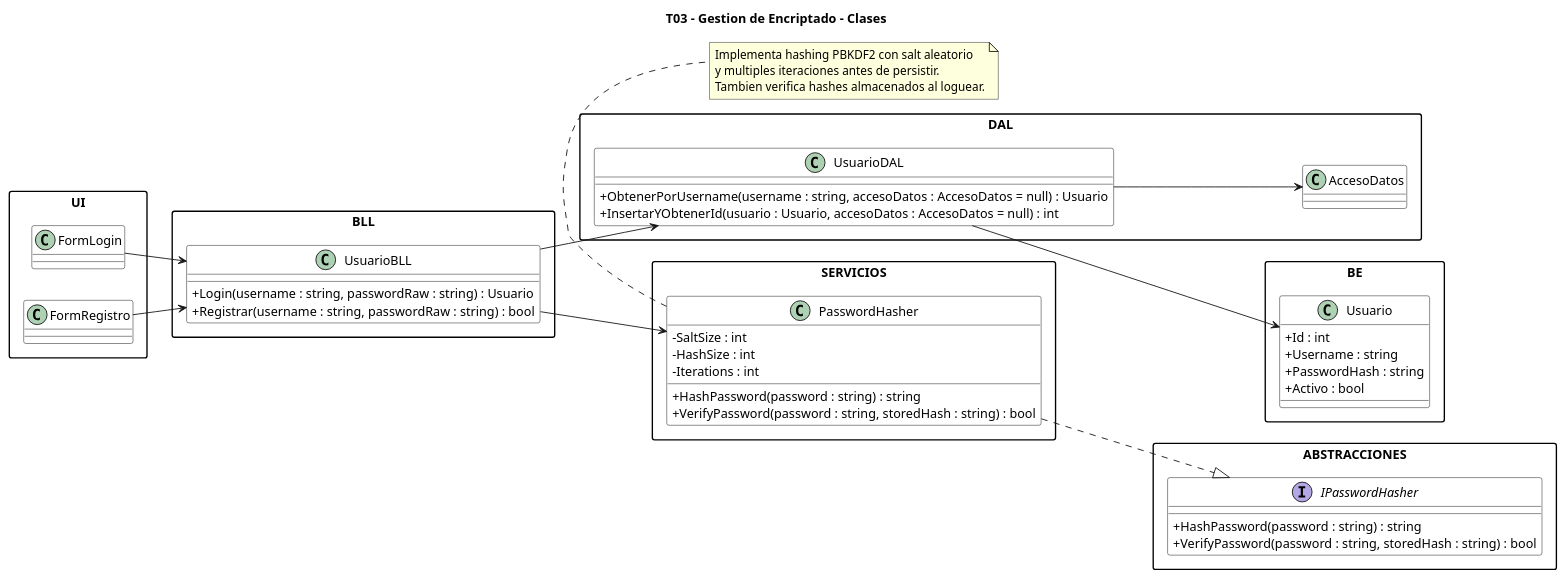
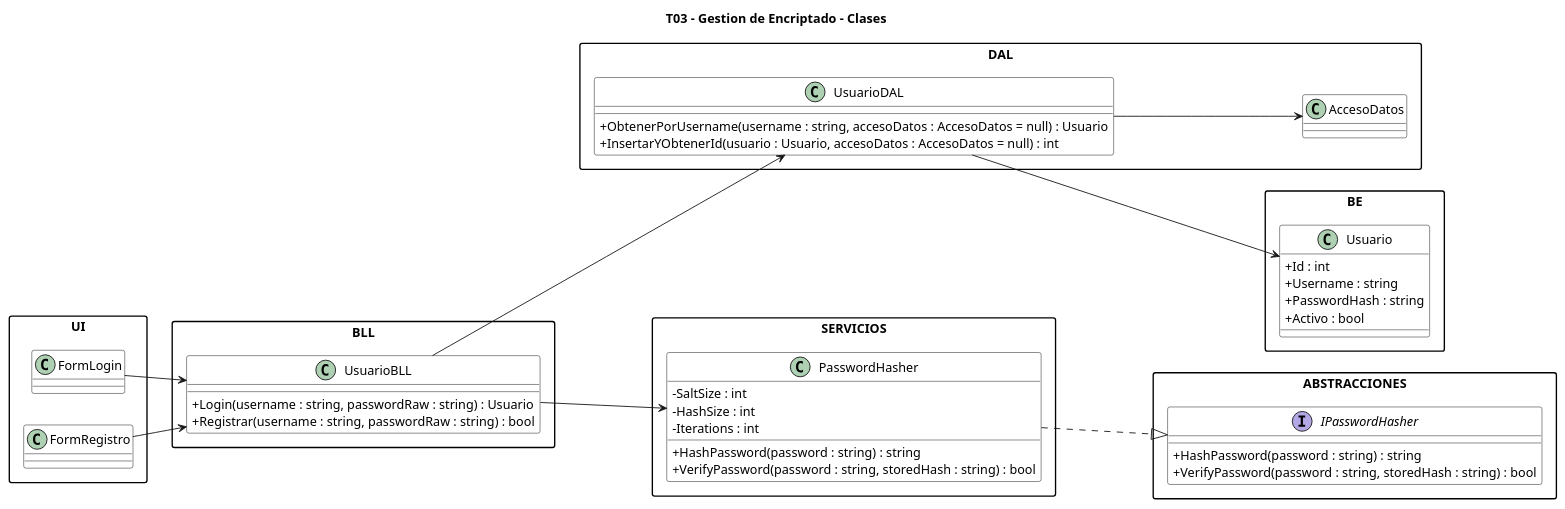
One commit to aggutierrez98/TP-TD changed the diagram in diagramas/T03-encriptado/T03-encriptado-clases.puml. Above: the diagram before and after it, drawn with PlantUML. The commit also changed 7 other files, not shown here.

Commit message:
Eliminar comentarios de diagramas

```diff
--- a/diagramas/T03-encriptado/T03-encriptado-clases.puml
+++ b/diagramas/T03-encriptado/T03-encriptado-clases.puml
@@ -1,73 +1,67 @@
 @startuml
 title T03 - Gestion de Encriptado - Clases
 
 left to right direction
 skinparam backgroundColor white
 skinparam classBackgroundColor white
 skinparam classBorderColor black
 skinparam packageStyle rectangle
 skinparam classAttributeIconSize 0
 skinparam shadowing false
 
 package "ABSTRACCIONES" {
   interface IPasswordHasher {
     +HashPassword(password : string) : string
     +VerifyPassword(password : string, storedHash : string) : bool
   }
 }
 
 package "SERVICIOS" {
   class PasswordHasher {
     -SaltSize : int
     -HashSize : int
     -Iterations : int
     +HashPassword(password : string) : string
     +VerifyPassword(password : string, storedHash : string) : bool
   }
 }
 
 package "BLL" {
   class UsuarioBLL {
     +Login(username : string, passwordRaw : string) : Usuario
     +Registrar(username : string, passwordRaw : string) : bool
   }
 }
 
 package "UI" {
   class FormLogin
   class FormRegistro
 }
 
 package "DAL" {
   class UsuarioDAL {
     +ObtenerPorUsername(username : string, accesoDatos : AccesoDatos = null) : Usuario
     +InsertarYObtenerId(usuario : Usuario, accesoDatos : AccesoDatos = null) : int
   }
 
   class AccesoDatos
 }
 
 package "BE" {
   class Usuario {
     +Id : int
     +Username : string
     +PasswordHash : string
     +Activo : bool
   }
 }
 
 PasswordHasher ..|> IPasswordHasher
 FormLogin --> UsuarioBLL
 FormRegistro --> UsuarioBLL
 UsuarioBLL --> PasswordHasher
 UsuarioBLL --> UsuarioDAL
 UsuarioDAL --> AccesoDatos
 UsuarioDAL --> Usuario
 
-note bottom of PasswordHasher
-  Implementa hashing PBKDF2 con salt aleatorio
-  y multiples iteraciones antes de persistir.
-  Tambien verifica hashes almacenados al loguear.
-end note
-
 @enduml
```
